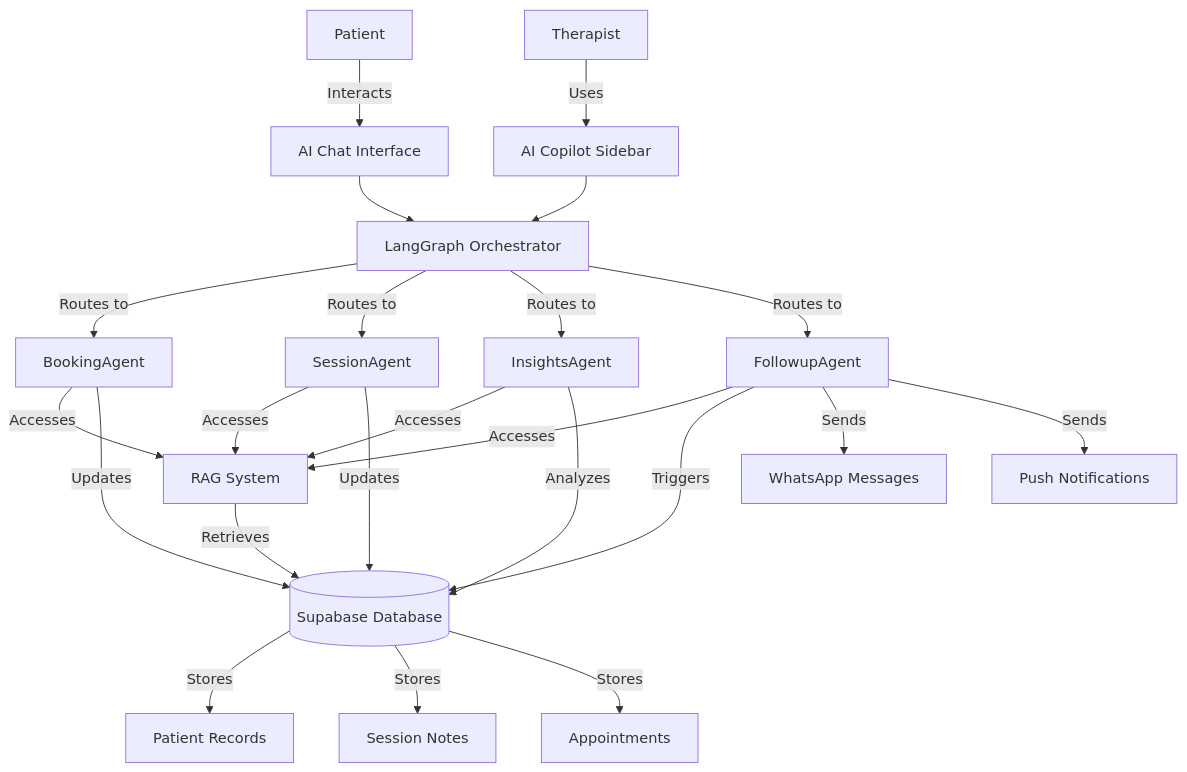
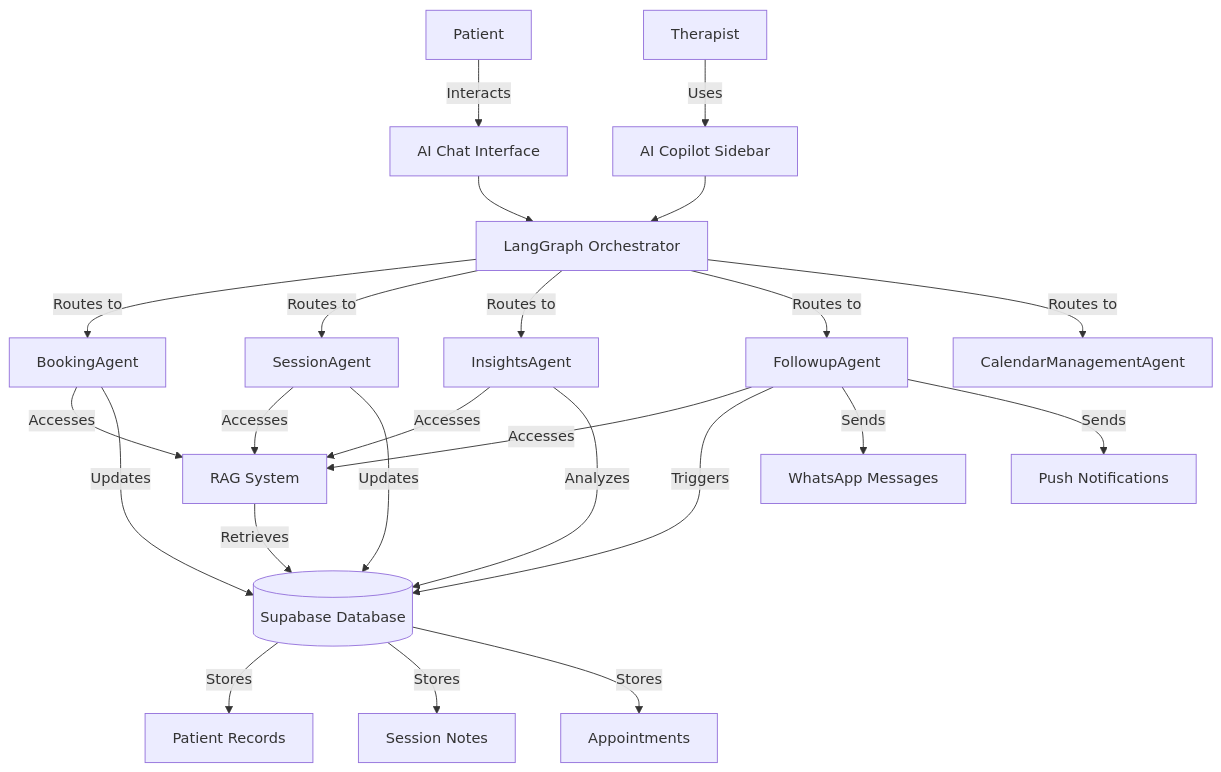
One commit to swami086/Arthi_react_native changed the first of 9 diagrams in Master_PRD__AI-Powered_Therapy_Platform_-_TherapyFlow_AI.md. Above: the diagram before and after it, drawn with Mermaid. The commit also changed other lines of this file and 25 other files, not shown here.

First line of the commit message:
feat: Implement Calendar Management Agent with fixes for all verification comments

````diff
--- a/Master_PRD__AI-Powered_Therapy_Platform_-_TherapyFlow_AI.md
+++ b/Master_PRD__AI-Powered_Therapy_Platform_-_TherapyFlow_AI.md
@@ -108,31 +108,32 @@
 ```mermaid
 graph TD
     Patient[Patient] -->|Interacts| ChatInterface[AI Chat Interface]
     Therapist[Therapist] -->|Uses| CopilotSidebar[AI Copilot Sidebar]
     
     ChatInterface --> Orchestrator[LangGraph Orchestrator]
     CopilotSidebar --> Orchestrator
     
     Orchestrator -->|Routes to| BookingAgent[BookingAgent]
     Orchestrator -->|Routes to| SessionAgent[SessionAgent]
     Orchestrator -->|Routes to| InsightsAgent[InsightsAgent]
     Orchestrator -->|Routes to| FollowupAgent[FollowupAgent]
+    Orchestrator -->|Routes to| CalendarAgent[CalendarManagementAgent]
     
     BookingAgent -->|Accesses| RAG[RAG System]
     SessionAgent -->|Accesses| RAG
     InsightsAgent -->|Accesses| RAG
     FollowupAgent -->|Accesses| RAG
     
     RAG -->|Retrieves| Database[(Supabase Database)]
     BookingAgent -->|Updates| Database
     SessionAgent -->|Updates| Database
     InsightsAgent -->|Analyzes| Database
     FollowupAgent -->|Triggers| Database
     
     Database -->|Stores| PatientData[Patient Records]
     Database -->|Stores| SessionNotes[Session Notes]
     Database -->|Stores| Appointments[Appointments]
     
     FollowupAgent -->|Sends| WhatsApp[WhatsApp Messages]
     FollowupAgent -->|Sends| PushNotifications[Push Notifications]
 ```
````
